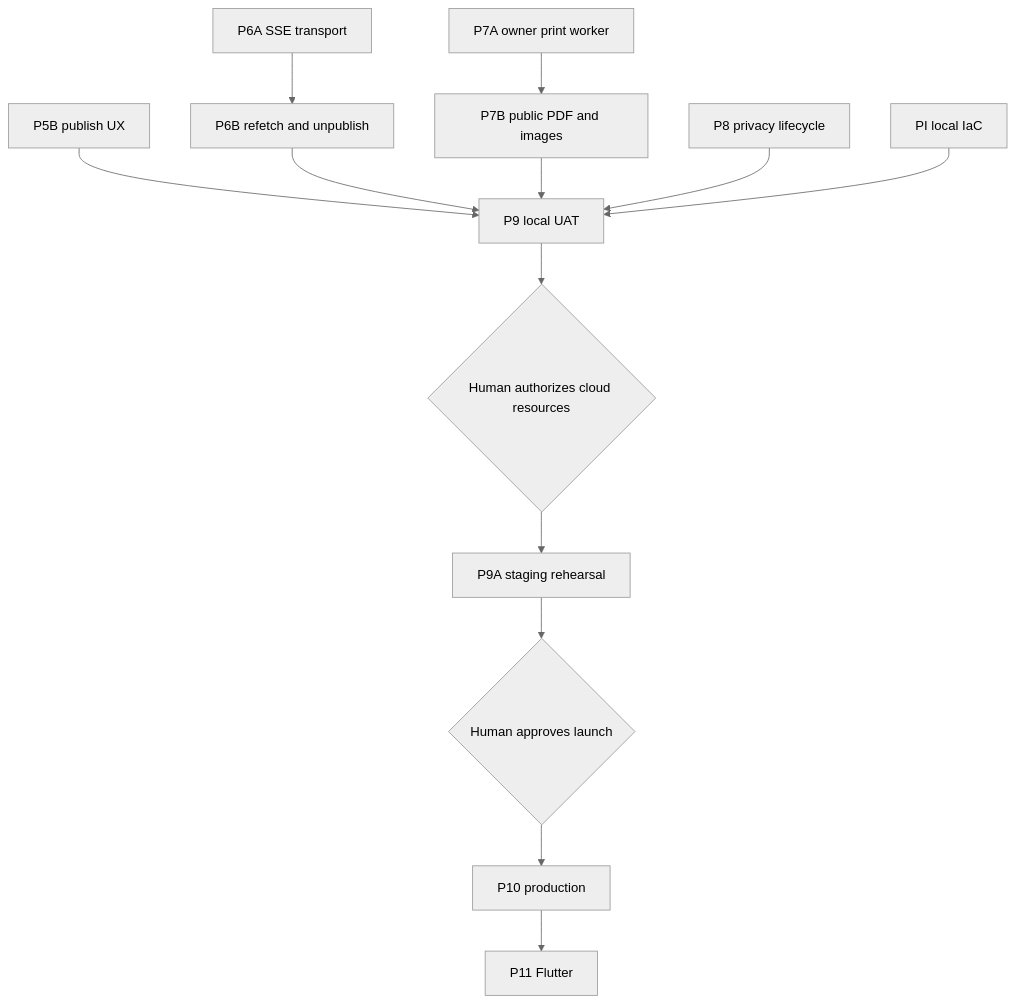
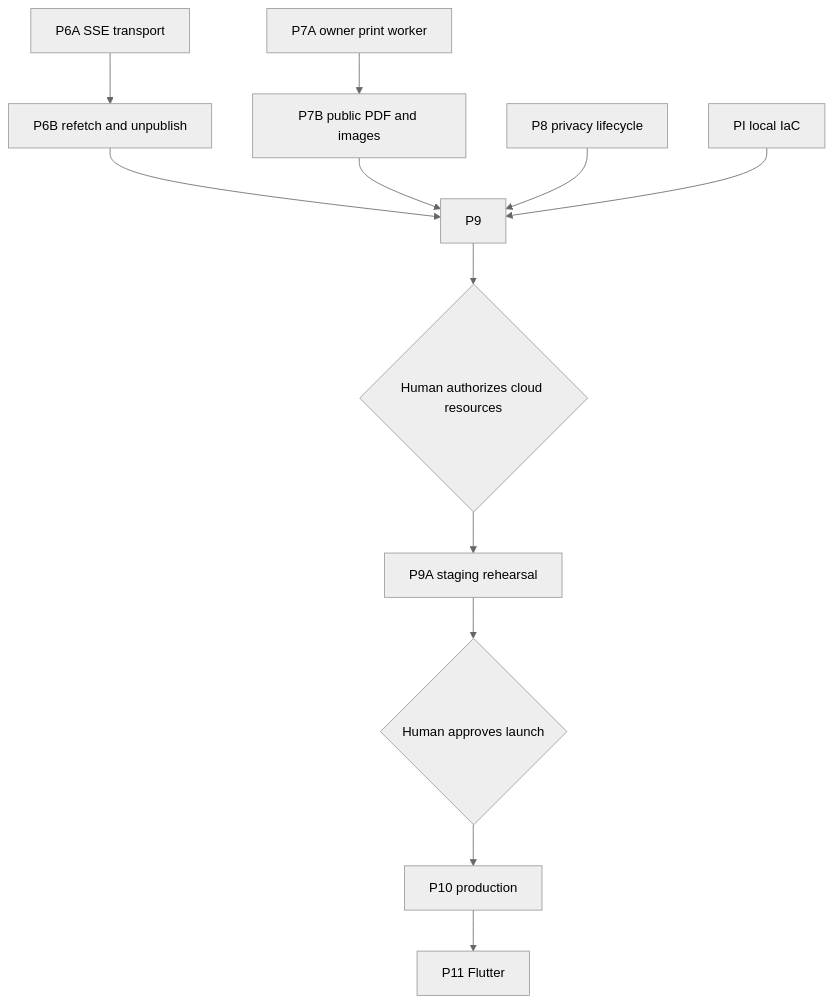
One commit to dannyota/aboutme changed the diagram in docs/plans/implementation-plan.md. Above: the diagram before and after it, drawn with Mermaid (neutral theme). The commit also changed other lines of this file and 8 other files, not shown here.

````diff
--- a/docs/plans/implementation-plan.md
+++ b/docs/plans/implementation-plan.md
@@ -73,15 +72,14 @@
 ```mermaid
 graph TD
-    P5B[P5B publish UX] --> P9[P9 local UAT]
     P6A[P6A SSE transport] --> P6B[P6B refetch and unpublish]
     P6B --> P9
     P7A[P7A owner print worker] --> P7B[P7B public PDF and images]
     P7B --> P9
     P8[P8 privacy lifecycle] --> P9
     PI[PI local IaC] --> P9
     P9 --> AUTH{Human authorizes cloud resources}
     AUTH --> P9A[P9A staging rehearsal]
     P9A --> LAUNCH{Human approves launch}
     LAUNCH --> P10[P10 production]
     P10 --> P11[P11 Flutter]
 ```
````
